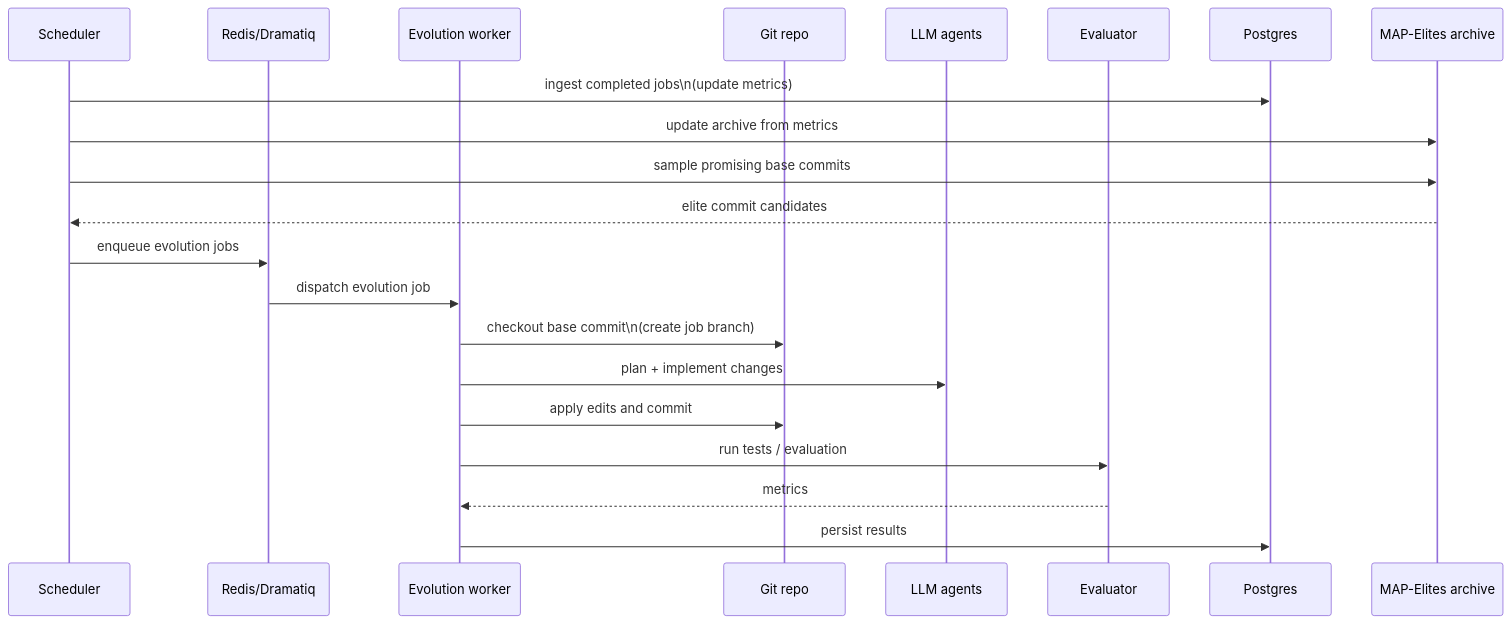
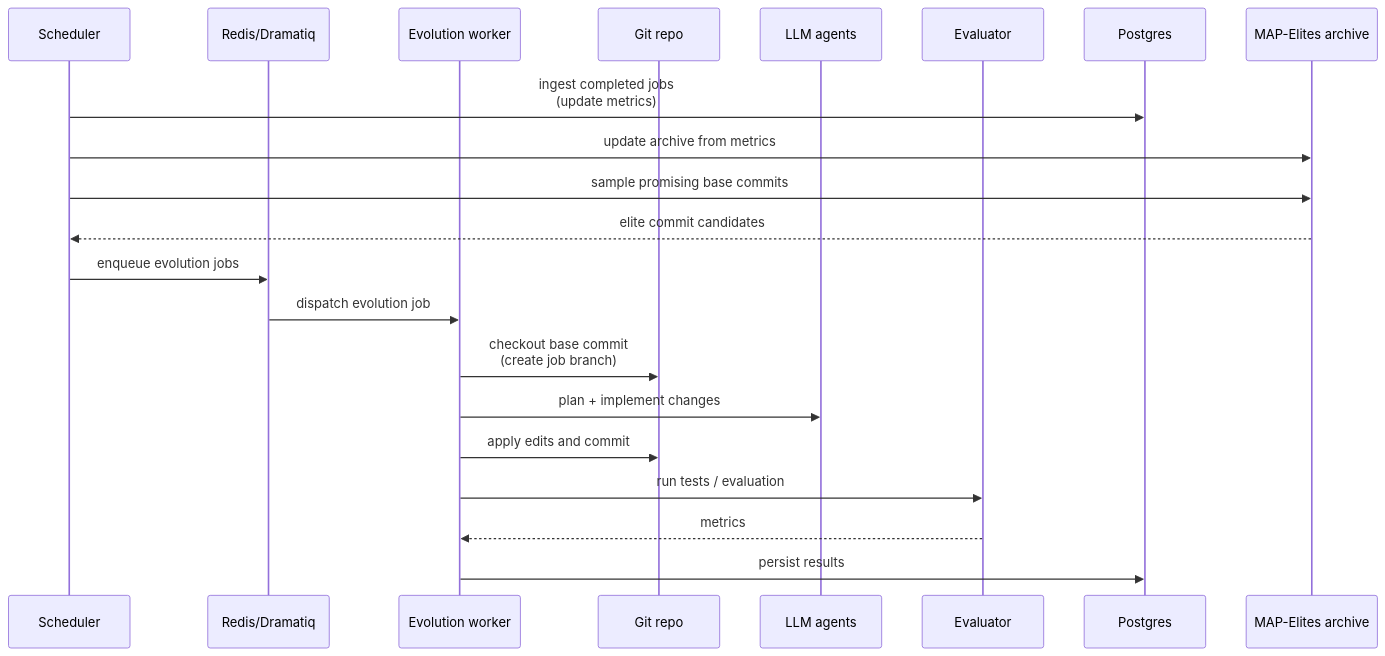
The second of 2 diagrams in README.md (NeapolitanIcecream/loreley), drawn with Mermaid before and after one commit. The commit also changed other lines of this file, not shown here.

````diff
--- a/README.md
+++ b/README.md
@@ -68,25 +68,25 @@
 ```mermaid
 sequenceDiagram
   participant S as Scheduler
   participant Q as Redis/Dramatiq
   participant W as Evolution worker
   participant G as Git repo
   participant L as LLM agents
   participant E as Evaluator
   participant DB as Postgres
   participant M as MAP-Elites archive
 
-  S->>DB: ingest completed jobs\n(update metrics)
+  S->>DB: ingest completed jobs<br/>(update metrics)
   S->>M: update archive from metrics
   S->>M: sample promising base commits
   M-->>S: elite commit candidates
   S->>Q: enqueue evolution jobs
 
   Q->>W: dispatch evolution job
-  W->>G: checkout base commit\n(create job branch)
+  W->>G: checkout base commit<br/>(create job branch)
   W->>L: plan + implement changes
   W->>G: apply edits and commit
   W->>E: run tests / evaluation
   E-->>W: metrics
   W->>DB: persist results
 ```
````
